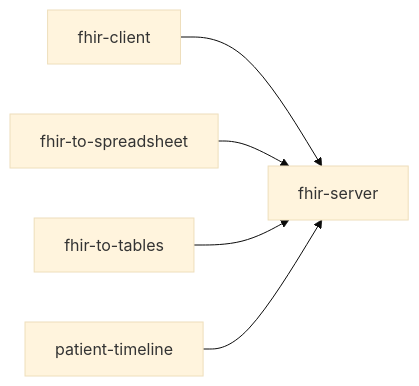
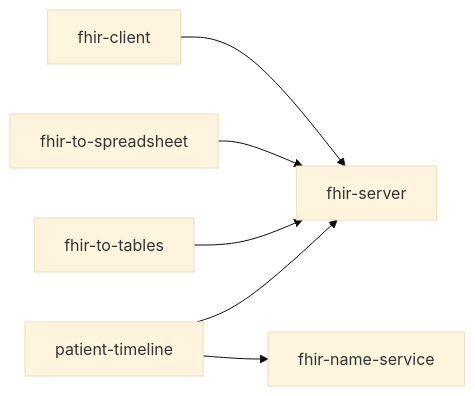
The diagram in README.md (willemverbuyst/fhir-placeholder-api), drawn with Mermaid (base theme) before and after one commit.

Commit message:
docs: update README to include fhir-name-service in patient timeline flow

````diff
--- a/README.md
+++ b/README.md
@@ -18,7 +18,8 @@
 ```mermaid
 flowchart LR
   FC[fhir-client] --> FS[fhir-server]
   FTS[fhir-to-spreadsheet] --> FS
   FTT[fhir-to-tables] --> FS
   PT[patient-timeline] --> FS
+  PT --> FNS[fhir-name-service]
 ```
````
